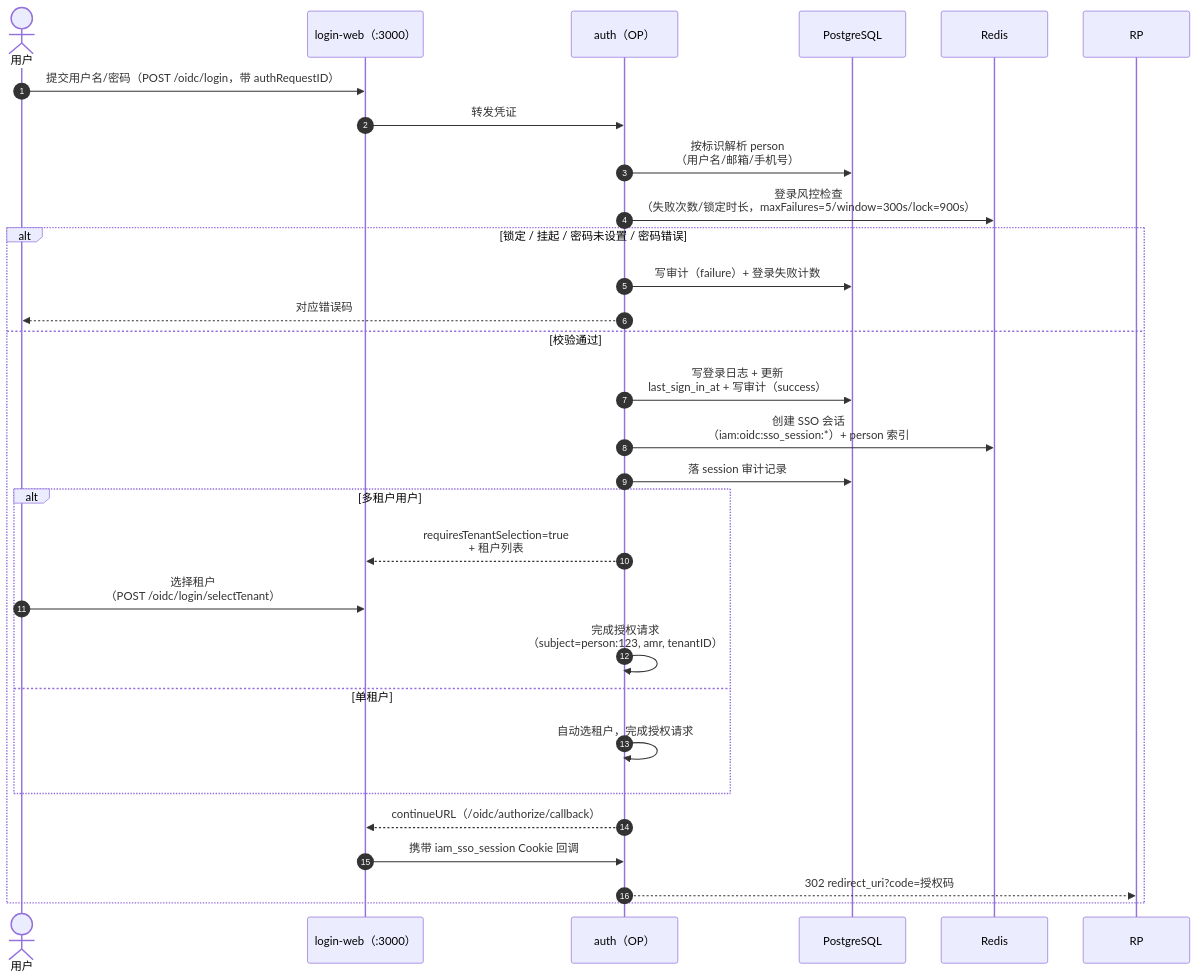
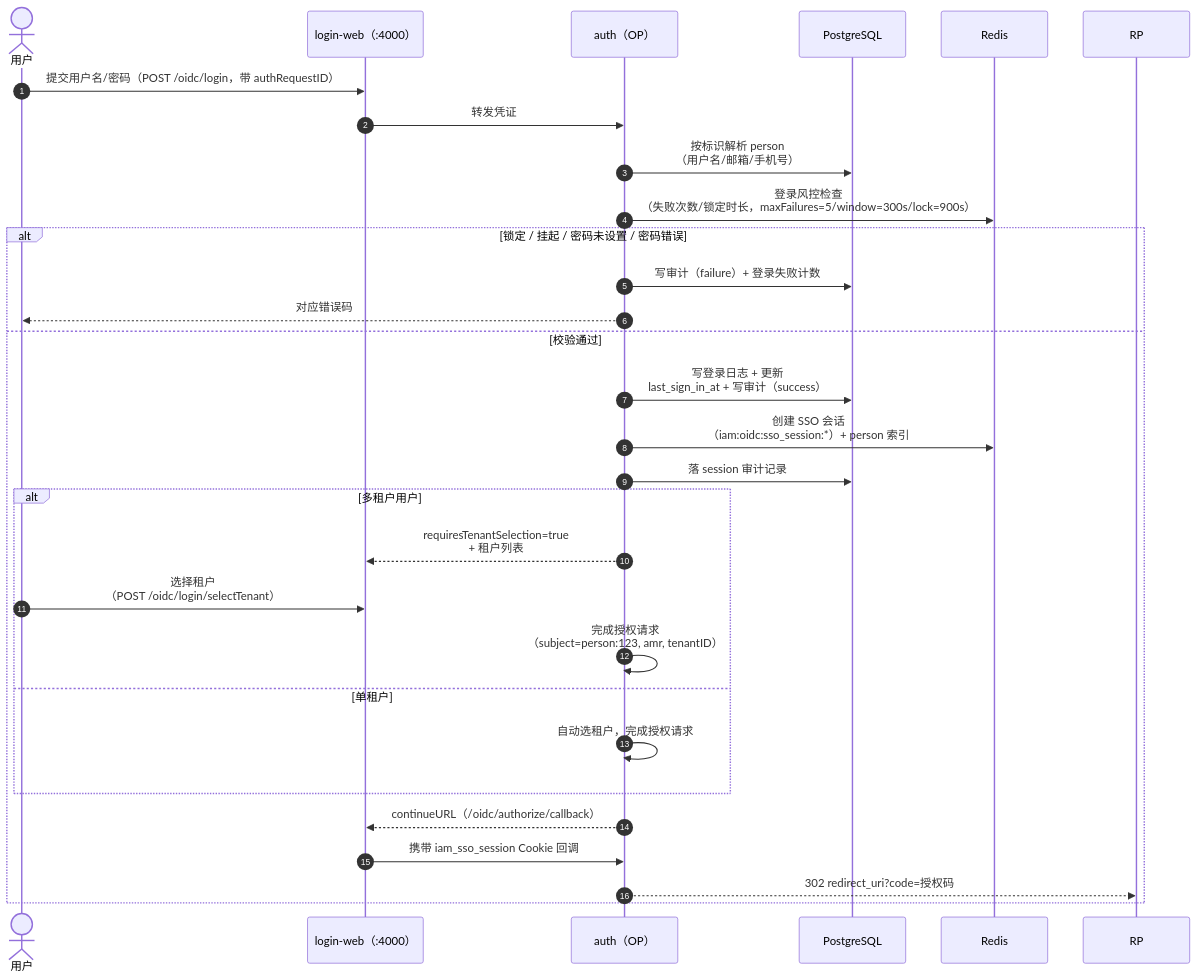
Before and after one commit to morehao/ark-iam: the fifth of 13 diagrams in docs/design/system-design.md, drawn with Mermaid. The commit also changed other lines of this file and 105 other files, not shown here.

````diff
--- a/docs/design/system-design.md
+++ b/docs/design/system-design.md
@@ -583,32 +583,32 @@
 ```mermaid
 sequenceDiagram
     autonumber
     actor U as 用户
-    participant LW as login-web（:3000）
+    participant LW as login-web（:4000）
     participant A as auth（OP）
     participant DB as PostgreSQL
     participant RD as Redis
 
     U->>LW: 提交用户名/密码（POST /oidc/login，带 authRequestID）
     LW->>A: 转发凭证
     A->>DB: 按标识解析 person<br/>（用户名/邮箱/手机号）
     A->>RD: 登录风控检查<br/>（失败次数/锁定时长，maxFailures=5/window=300s/lock=900s）
     alt 锁定 / 挂起 / 密码未设置 / 密码错误
         A->>DB: 写审计（failure）+ 登录失败计数
         A-->>U: 对应错误码
     else 校验通过
         A->>DB: 写登录日志 + 更新<br/>last_sign_in_at + 写审计（success）
         A->>RD: 创建 SSO 会话<br/>（iam:oidc:sso_session:*）+ person 索引
         A->>DB: 落 session 审计记录
         alt 多租户用户
             A-->>LW: requiresTenantSelection=true<br/>+ 租户列表
             U->>LW: 选择租户<br/>（POST /oidc/login/selectTenant）
             A->>A: 完成授权请求<br/>（subject=person:123, amr, tenantID）
         else 单租户
             A->>A: 自动选租户，完成授权请求
         end
         A-->>LW: continueURL（/oidc/authorize/callback）
         LW->>A: 携带 iam_sso_session Cookie 回调
         A-->>RP: 302 redirect_uri?code=授权码
     end
 ```
````
